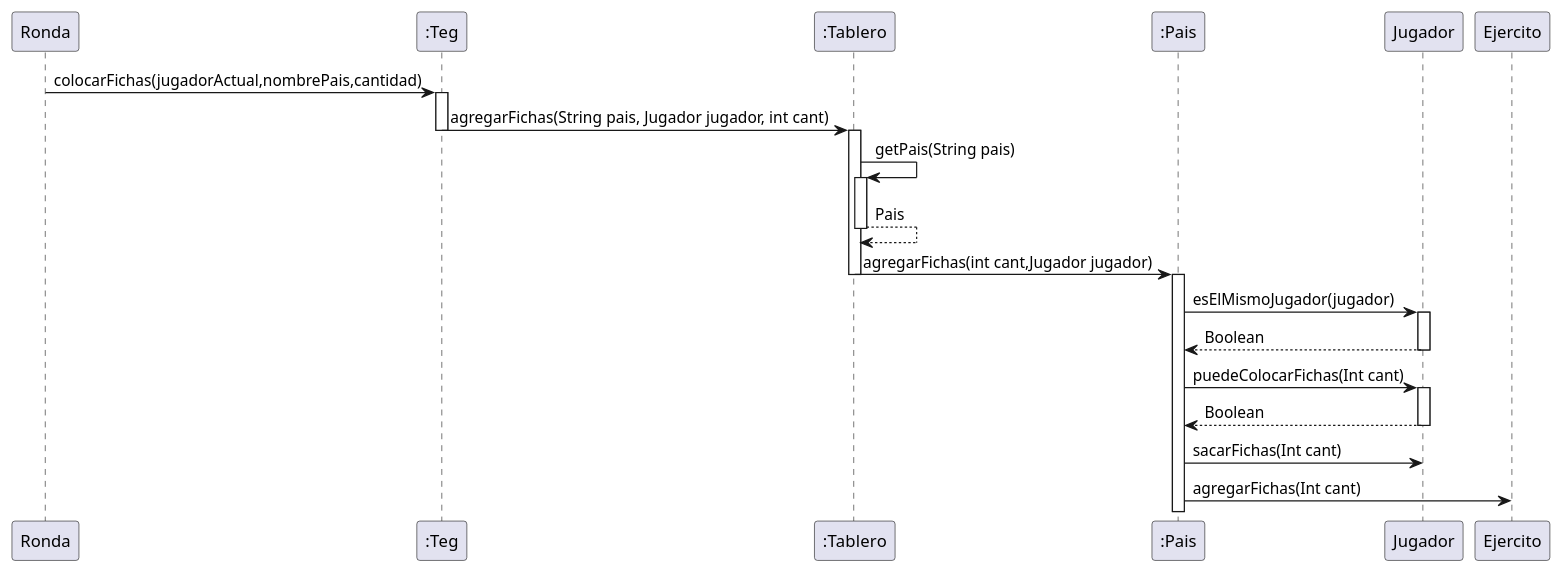
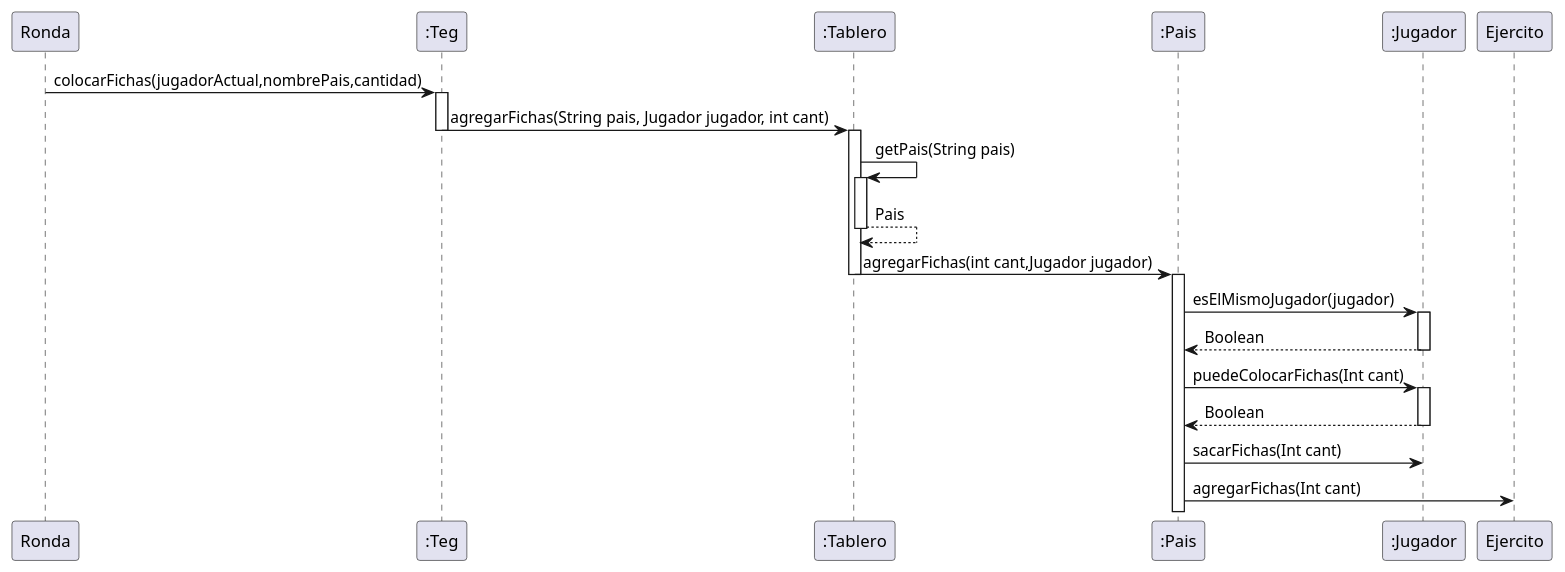
The diagram in docs/Diagramas/Codigo/AgregarFichasAUnPais.puml (mpata2000/Algo3-TP2-TEG), drawn with PlantUML before and after one commit. The commit also changed 2 other files, not shown here.

Commit message:
Diagrama pasar una ficha entre un pais y otro

```diff
--- a/docs/Diagramas/Codigo/AgregarFichasAUnPais.puml
+++ b/docs/Diagramas/Codigo/AgregarFichasAUnPais.puml
@@ -1,36 +1,37 @@
 @startuml
 'https://plantuml.com/sequence-diagram
 
 
 participant Ronda
 participant Teg as ":Teg"
 participant Tablero as ":Tablero"
 participant Pais as  ":Pais"
+participant Jugador as ":Jugador"
 
 
 
 
 Ronda -> Teg: colocarFichas(jugadorActual,nombrePais,cantidad)
 activate Teg
 Teg -> Tablero: agregarFichas(String pais, Jugador jugador, int cant)
 deactivate Teg
 
 activate Tablero
 Tablero -> Tablero: getPais(String pais)
 activate Tablero
 Tablero --> Tablero: Pais
 deactivate Tablero
 Tablero -> Pais: agregarFichas(int cant,Jugador jugador)
 deactivate Tablero
 
 activate Pais
 Pais -> Jugador: esElMismoJugador(jugador)
 activate Jugador
 return Boolean
 Pais -> Jugador: puedeColocarFichas(Int cant)
 activate Jugador
 return Boolean
 Pais -> Jugador: sacarFichas(Int cant)
 Pais -> Ejercito: agregarFichas(Int cant)
 
 @enduml
```
